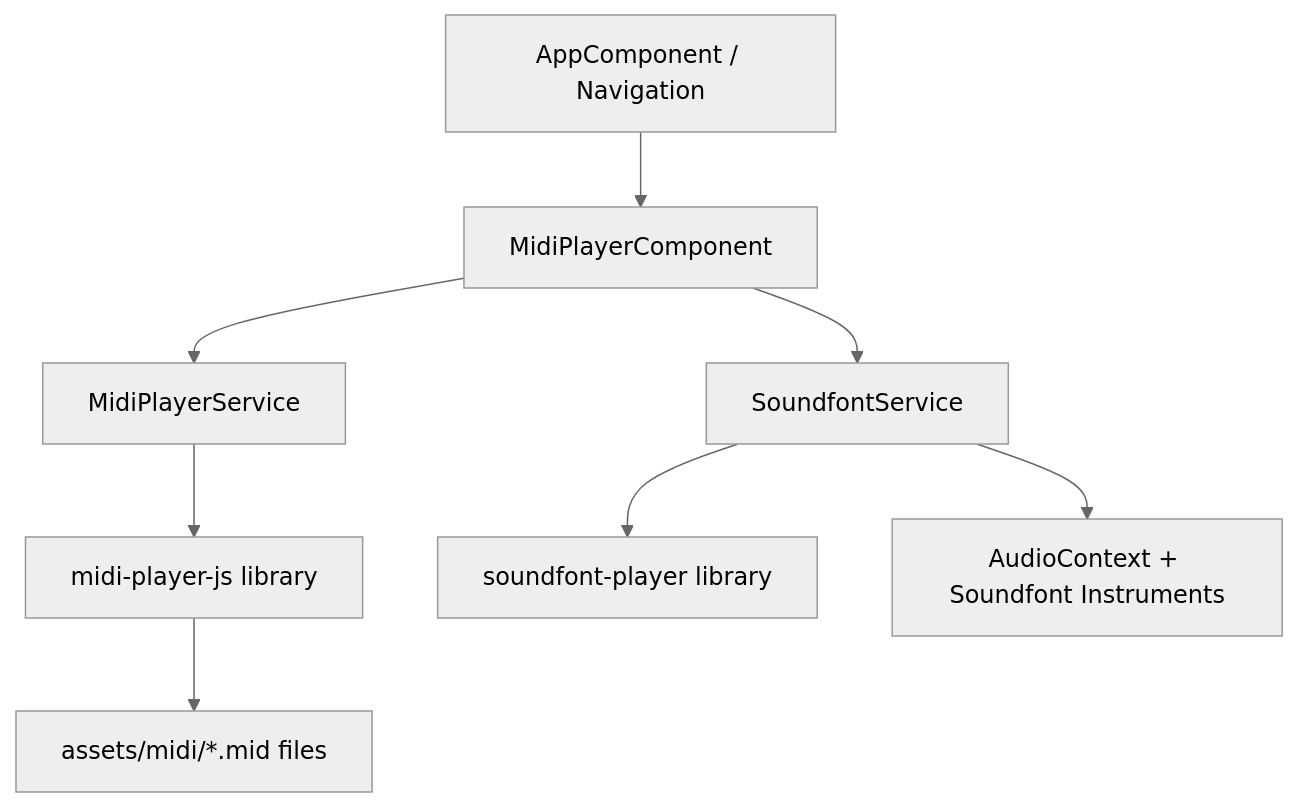
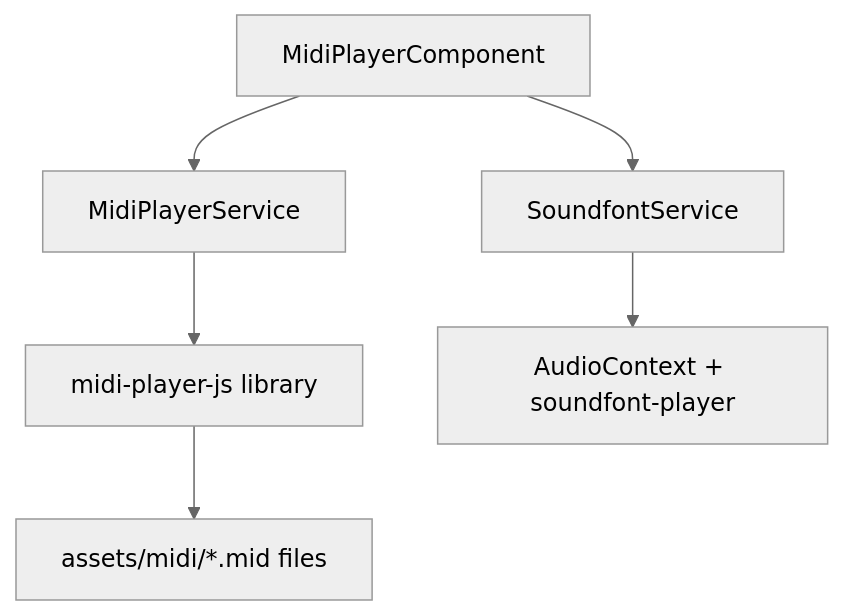
One commit to AlekseiVasiukov/RustProject changed the diagram in GrandAutoBattler/Web-Server Speculations/midi.md. Above: the diagram before and after it, drawn with Mermaid (neutral theme). The commit also changed other lines of this file, not shown here.

Commit message:
corrected midi.md

````diff
--- a/GrandAutoBattler/Web-Server Speculations/midi.md
+++ b/GrandAutoBattler/Web-Server Speculations/midi.md
@@ -7,10 +7,8 @@
 ```mermaid
 graph TD
-    A[AppComponent / Navigation] --> B[MidiPlayerComponent]
-    B --> C[MidiPlayerService]
-    B --> D[SoundfontService]
-    C --> E[midi-player-js library]
-    D --> F[soundfont-player library]
-    E --> G[assets/midi/*.mid files]
-    D --> H[AudioContext + Soundfont Instruments]
+    A[MidiPlayerComponent] --> B[MidiPlayerService]
+    A --> C[SoundfontService]
+    B --> E["midi-player-js library"]
+    C --> H["AudioContext + soundfont-player"]
+    E --> G["assets/midi/*.mid files"]
 ```
````
